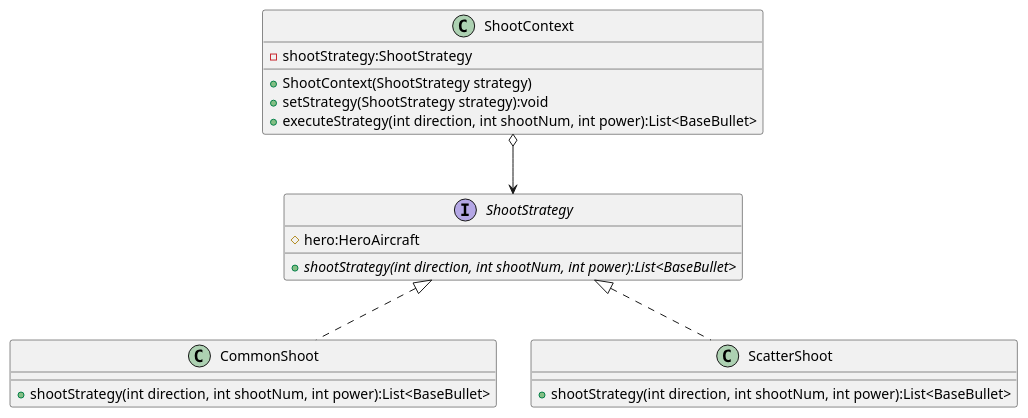
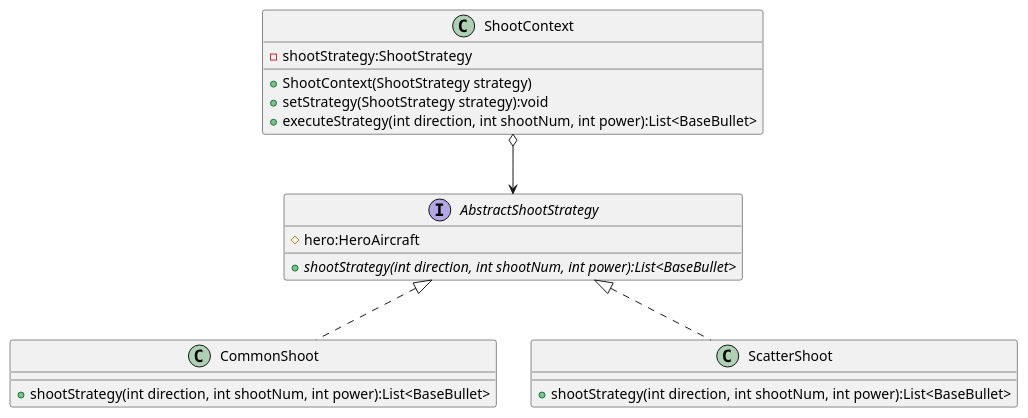
Before and after one commit to Chanstars/java_experiment: the diagram in uml/Strategy.puml, drawn with PlantUML. The commit also changed 10 other files, not shown here.

```diff
--- a/uml/Strategy.puml
+++ b/uml/Strategy.puml
@@ -1,26 +1,26 @@
 @startuml
 'https://plantuml.com/class-diagram
 
-interface ShootStrategy{
+interface AbstractShootStrategy{
     # hero:HeroAircraft
     + {abstract}shootStrategy(int direction, int shootNum, int power):List<BaseBullet>
 }
 
 class CommonShoot{
     + shootStrategy(int direction, int shootNum, int power):List<BaseBullet>
 }
 class ScatterShoot{
     + shootStrategy(int direction, int shootNum, int power):List<BaseBullet>
 }
 
 class ShootContext{
     - shootStrategy:ShootStrategy
     + ShootContext(ShootStrategy strategy)
     + setStrategy(ShootStrategy strategy):void
     + executeStrategy(int direction, int shootNum, int power):List<BaseBullet>
 
 }
-ShootStrategy <|.. CommonShoot
-ShootStrategy <|.. ScatterShoot
-ShootContext o--> ShootStrategy
+AbstractShootStrategy <|.. CommonShoot
+AbstractShootStrategy <|.. ScatterShoot
+ShootContext o--> AbstractShootStrategy
 @enduml
```
